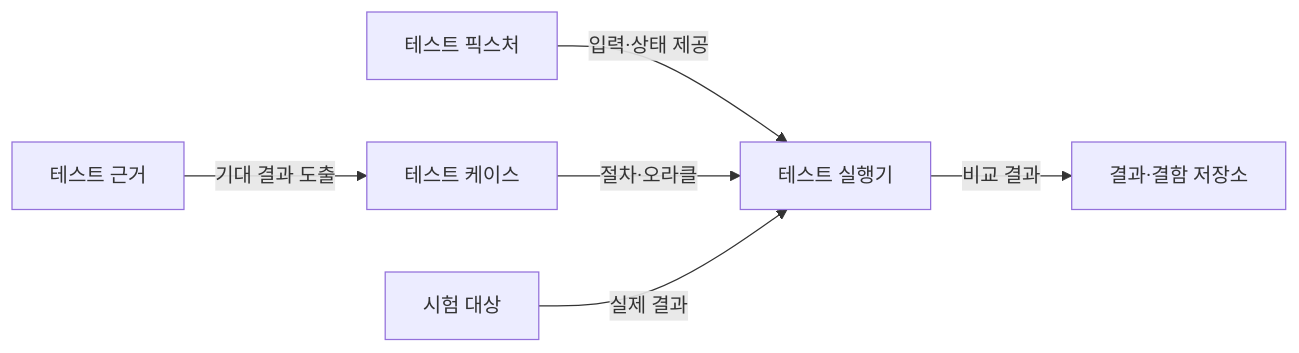
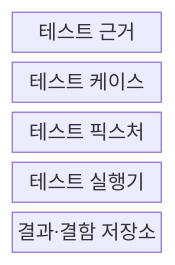
The first of 2 diagrams in src/content/docs/notes/03-software/058_software_testing.md (agnusdei1207/knowledge-base), drawn with Mermaid before and after one commit. The commit also changed other lines of this file and 20 other files, not shown here.

````diff
--- a/src/content/docs/notes/03-software/058_software_testing.md
+++ b/src/content/docs/notes/03-software/058_software_testing.md
@@ -59,8 +57,9 @@
 ```mermaid
-flowchart LR
-    B[테스트 근거] -->|기대 결과 도출| C[테스트 케이스]
-    F[테스트 픽스처] -->|입력·상태 제공| X[테스트 실행기]
-    C -->|절차·오라클| X
-    S[시험 대상] -->|실제 결과| X
-    X -->|비교 결과| R[결과·결함 저장소]
+block
+  columns 1
+  B["테스트 근거"]
+  C["테스트 케이스"]
+  F["테스트 픽스처"]
+  X["테스트 실행기"]
+  R["결과·결함 저장소"]
 ```
````
